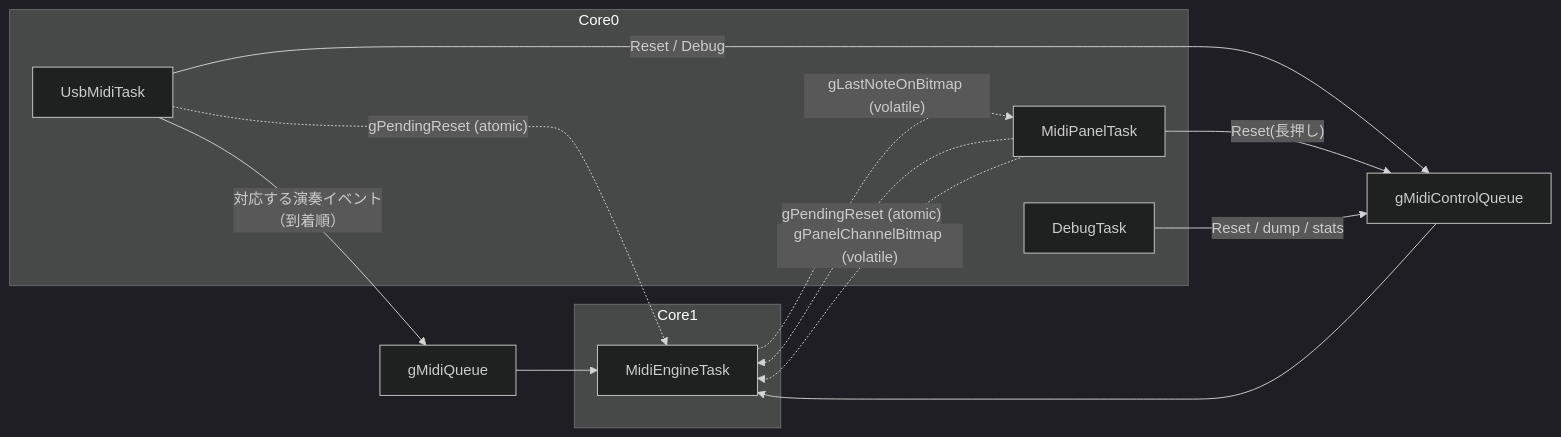
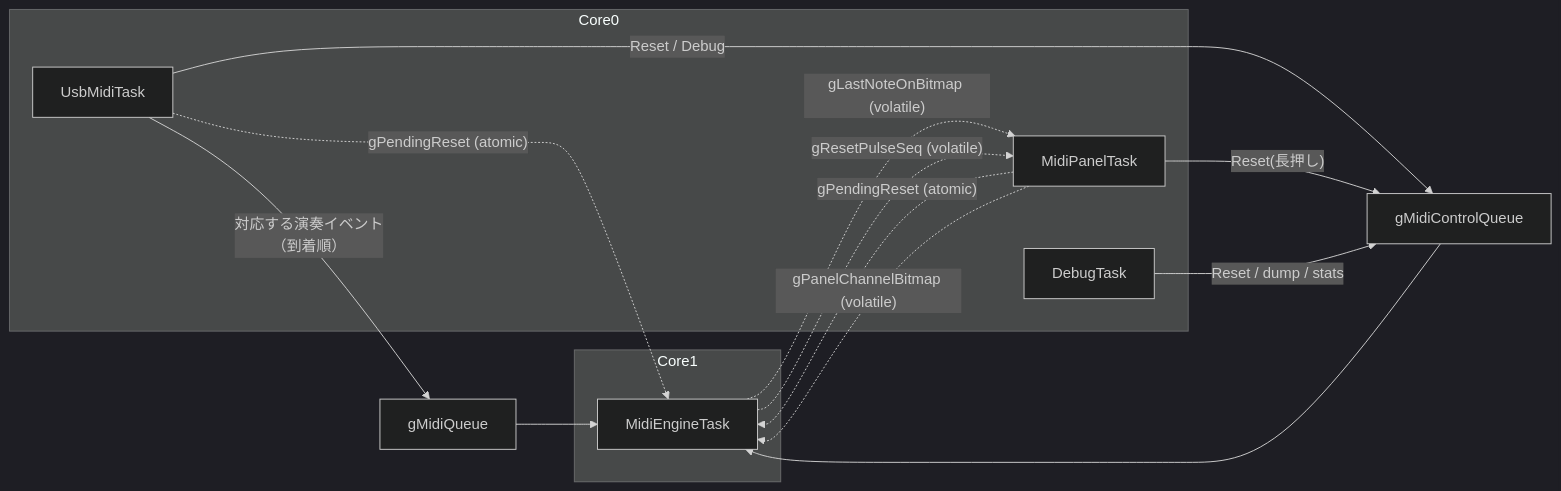
One commit to 46nori/FMSynthEnsembleV3 changed the third of 3 diagrams in doc/design_concurrency.md. Above: the diagram before and after it, drawn with Mermaid (dark theme). The commit also changed other lines of this file and 11 other files, not shown here.

````diff
--- a/doc/design_concurrency.md
+++ b/doc/design_concurrency.md
@@ -183,18 +185,19 @@
 ```mermaid
 flowchart LR
     subgraph Core0
         USB["UsbMidiTask"]
         PANEL["MidiPanelTask"]
         DBG["DebugTask"]
     end
     subgraph Core1
         ENGINE["MidiEngineTask"]
     end
     USB -- "対応する演奏イベント<br>（到着順）" --> MQ["gMidiQueue"] --> ENGINE
     USB -- "Reset / Debug" --> CQ["gMidiControlQueue"] --> ENGINE
     PANEL -- "Reset(長押し)" --> CQ
     DBG -- "Reset / dump / stats" --> CQ
     USB & PANEL -. "gPendingReset (atomic)" .-> ENGINE
     PANEL -. "gPanelChannelBitmap (volatile)" .-> ENGINE
     ENGINE -. "gLastNoteOnBitmap (volatile)" .-> PANEL
+    ENGINE -. "gResetPulseSeq (volatile)" .-> PANEL
 ```
````
